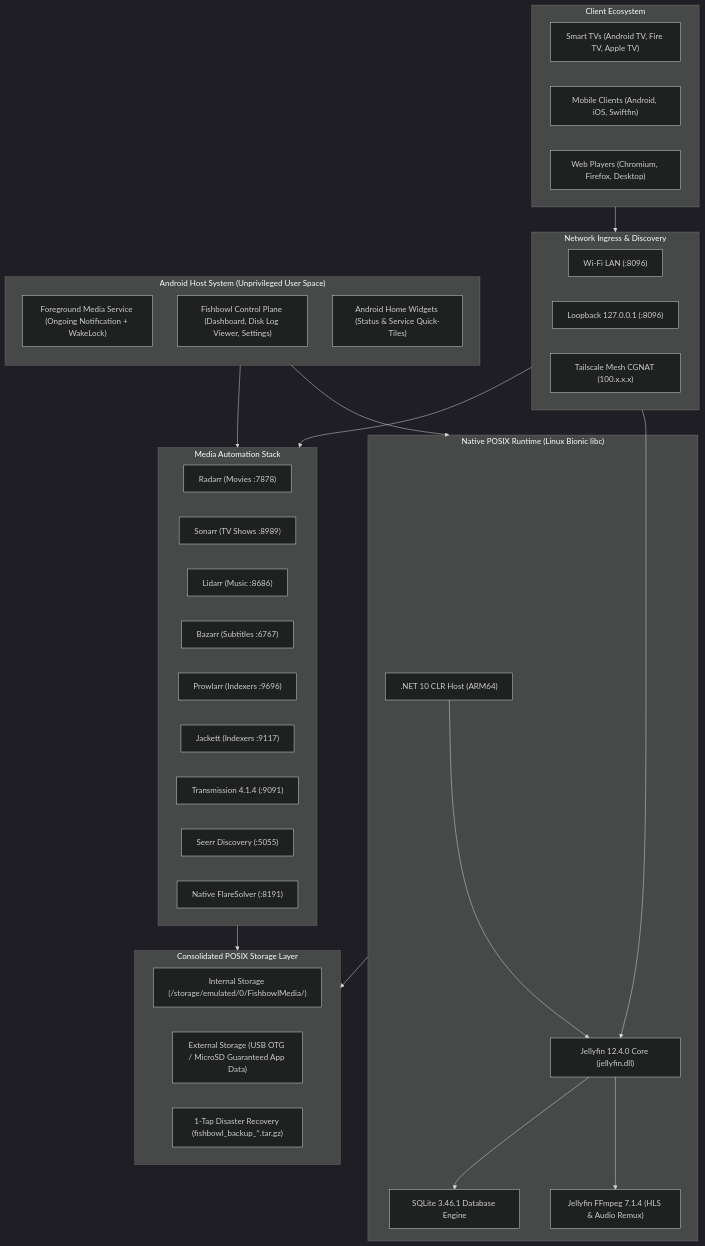
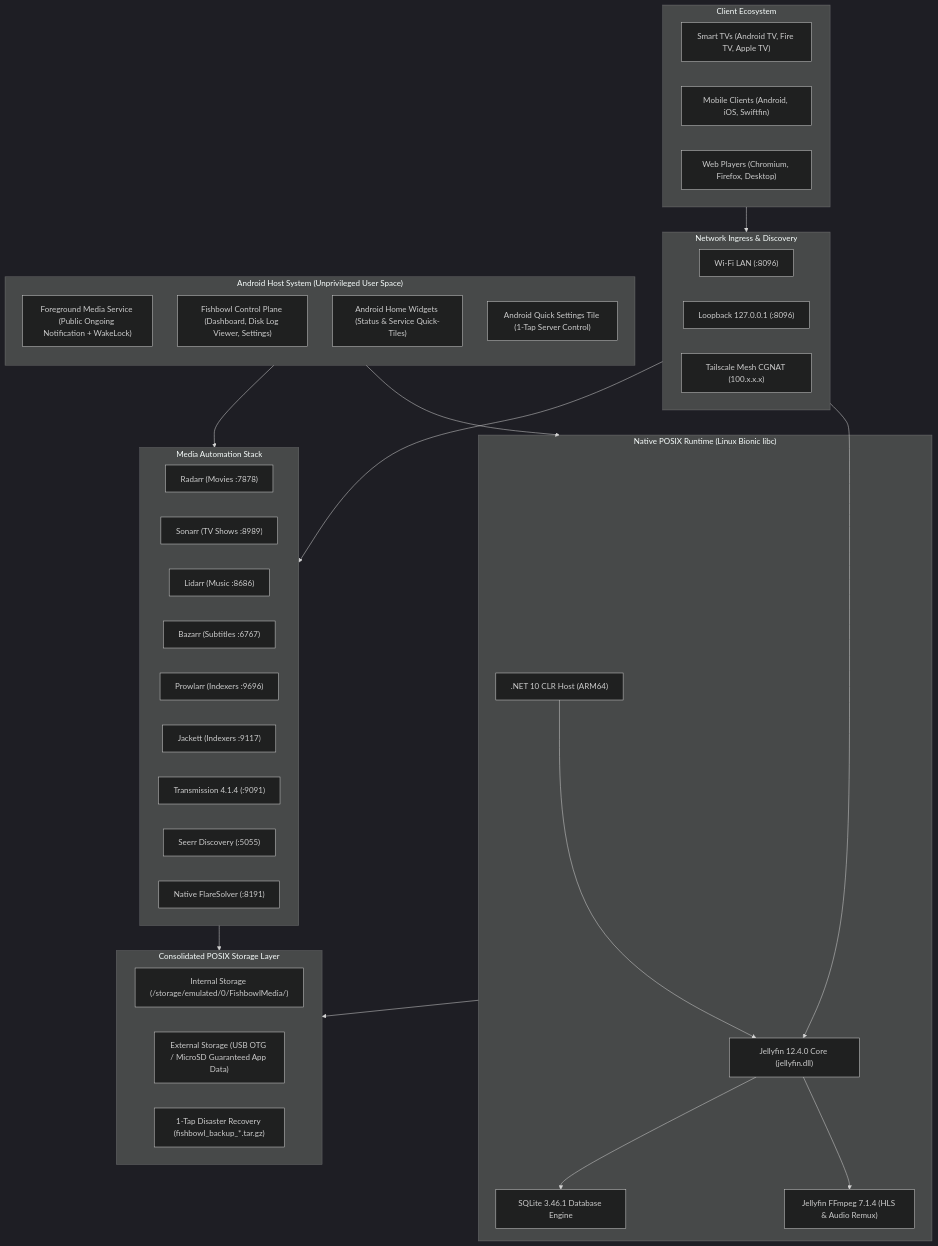
The diagram in README.md (Suz41/Fishbowl), drawn with Mermaid (dark theme) before and after one commit. The commit also changed 6 other files, not shown here.

Commit message:
fix: centralize network IP resolution, widget foreground notification, and Seerr API key

````diff
--- a/README.md
+++ b/README.md
@@ -182,58 +182,59 @@
 ```mermaid
 flowchart TD
     subgraph Clients["Client Ecosystem"]
         TV["Smart TVs (Android TV, Fire TV, Apple TV)"]
         Mobile["Mobile Clients (Android, iOS, Swiftfin)"]
         Browser["Web Players (Chromium, Firefox, Desktop)"]
     end
 
     subgraph Network["Network Ingress & Discovery"]
         LAN["Wi-Fi LAN (:8096)"]
         Localhost["Loopback 127.0.0.1 (:8096)"]
         Tailscale["Tailscale Mesh CGNAT (100.x.x.x)"]
     end
 
     subgraph AndroidHost["Android Host System (Unprivileged User Space)"]
         direction TB
-        FGS["Foreground Media Service (Ongoing Notification + WakeLock)"]
+        FGS["Foreground Media Service (Public Ongoing Notification + WakeLock)"]
         UI["Fishbowl Control Plane (Dashboard, Disk Log Viewer, Settings)"]
         Widgets["Android Home Widgets (Status & Service Quick-Tiles)"]
+        Tile["Android Quick Settings Tile (1-Tap Server Control)"]
     end
 
     subgraph Engine["Native POSIX Runtime (Linux Bionic libc)"]
         DOTNET[".NET 10 CLR Host (ARM64)"]
         JFN["Jellyfin 12.4.0 Core (jellyfin.dll)"]
         FFMPEG["Jellyfin FFmpeg 7.1.4 (HLS & Audio Remux)"]
         SQLITE["SQLite 3.46.1 Database Engine"]
         
         DOTNET --> JFN
         JFN --> FFMPEG
         JFN --> SQLITE
     end
 
     subgraph Automation["Media Automation Stack"]
         RADARR["Radarr (Movies :7878)"]
         SONARR["Sonarr (TV Shows :8989)"]
         LIDARR["Lidarr (Music :8686)"]
         BAZARR["Bazarr (Subtitles :6767)"]
         PROWLARR["Prowlarr (Indexers :9696)"]
         JACKETT["Jackett (Indexers :9117)"]
         TRANS["Transmission 4.1.4 (:9091)"]
         SEERR["Seerr Discovery (:5055)"]
         SOLVER["Native FlareSolver (:8191)"]
     end
 
     subgraph Storage["Consolidated POSIX Storage Layer"]
         INT["Internal Storage (/storage/emulated/0/FishbowlMedia/)"]
         EXT["External Storage (USB OTG / MicroSD Guaranteed App Data)"]
         BACKUP["1-Tap Disaster Recovery (fishbowl_backup_*.tar.gz)"]
     end
 
     Clients --> Network
     Network --> JFN
     Network --> Automation
     AndroidHost --> Engine
     AndroidHost --> Automation
     Engine --> Storage
     Automation --> Storage
 ```
````
